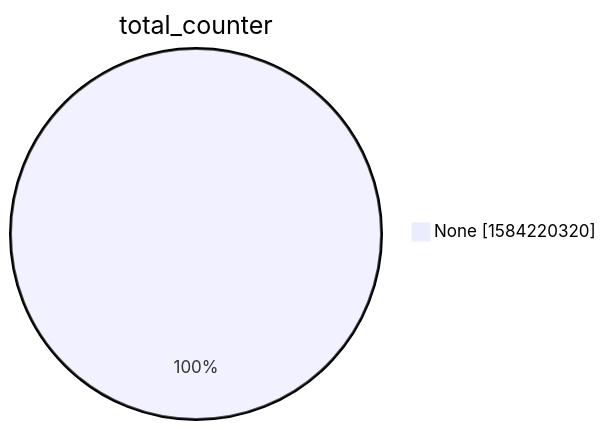
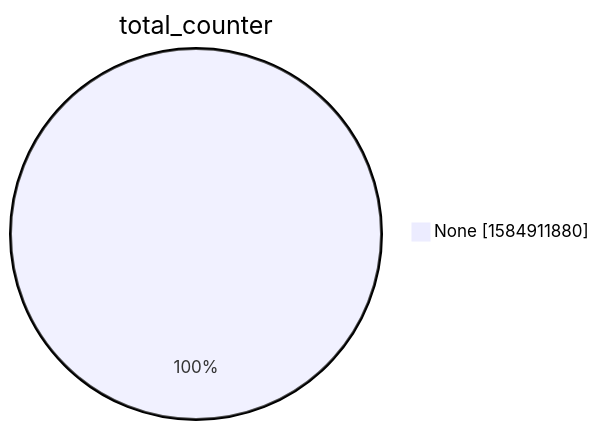
The second of 15 diagrams in xenon2022/README.md (christiankrug/ctmonitor_visualization), drawn with Mermaid before and after one commit. The commit also changed other lines of this file, not shown here.

````diff
--- a/xenon2022/README.md
+++ b/xenon2022/README.md
@@ -9,5 +9,5 @@
 ```mermaid
 pie showData
 title total_counter
-"None" :1584220320
+"None" :1584911880
 ```
````
